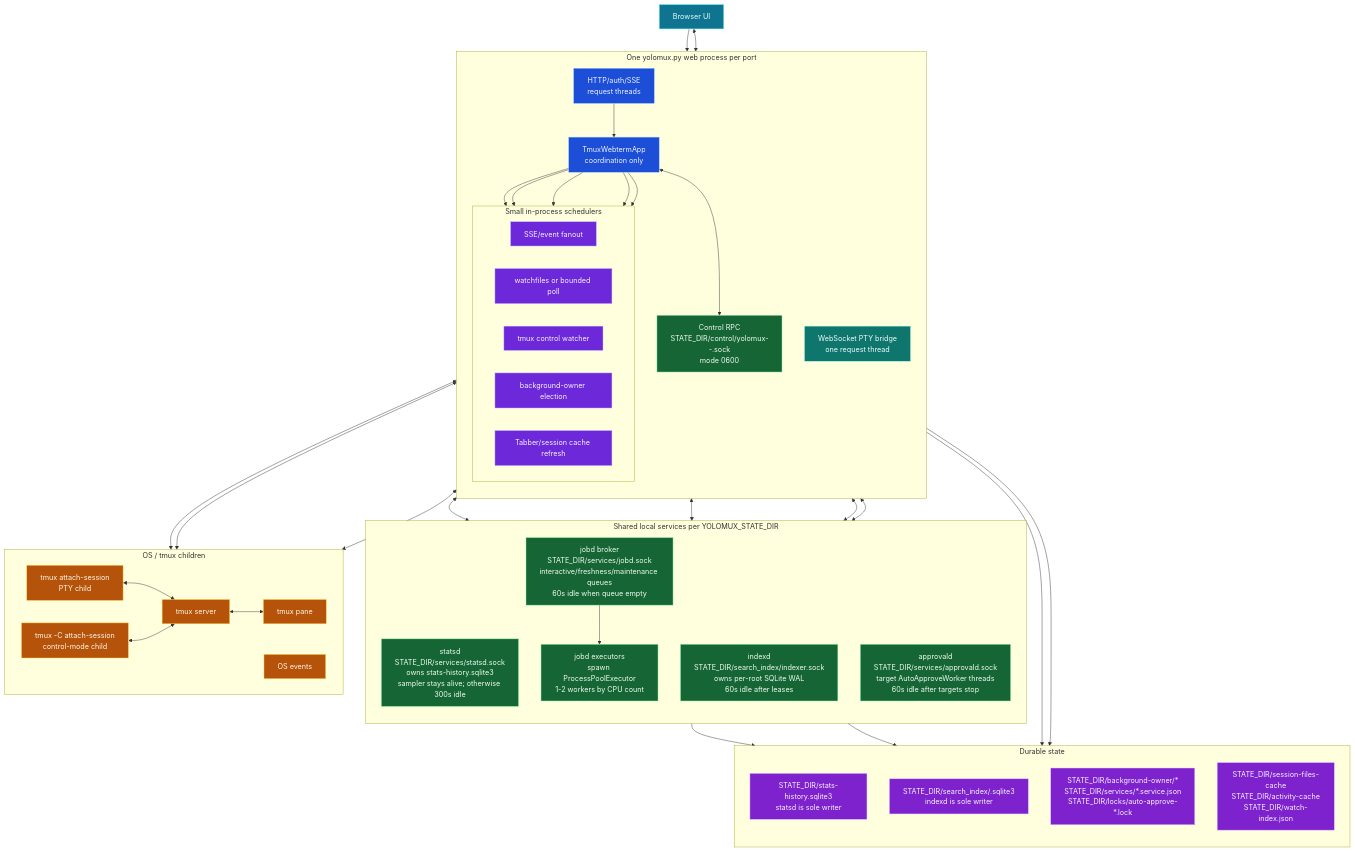
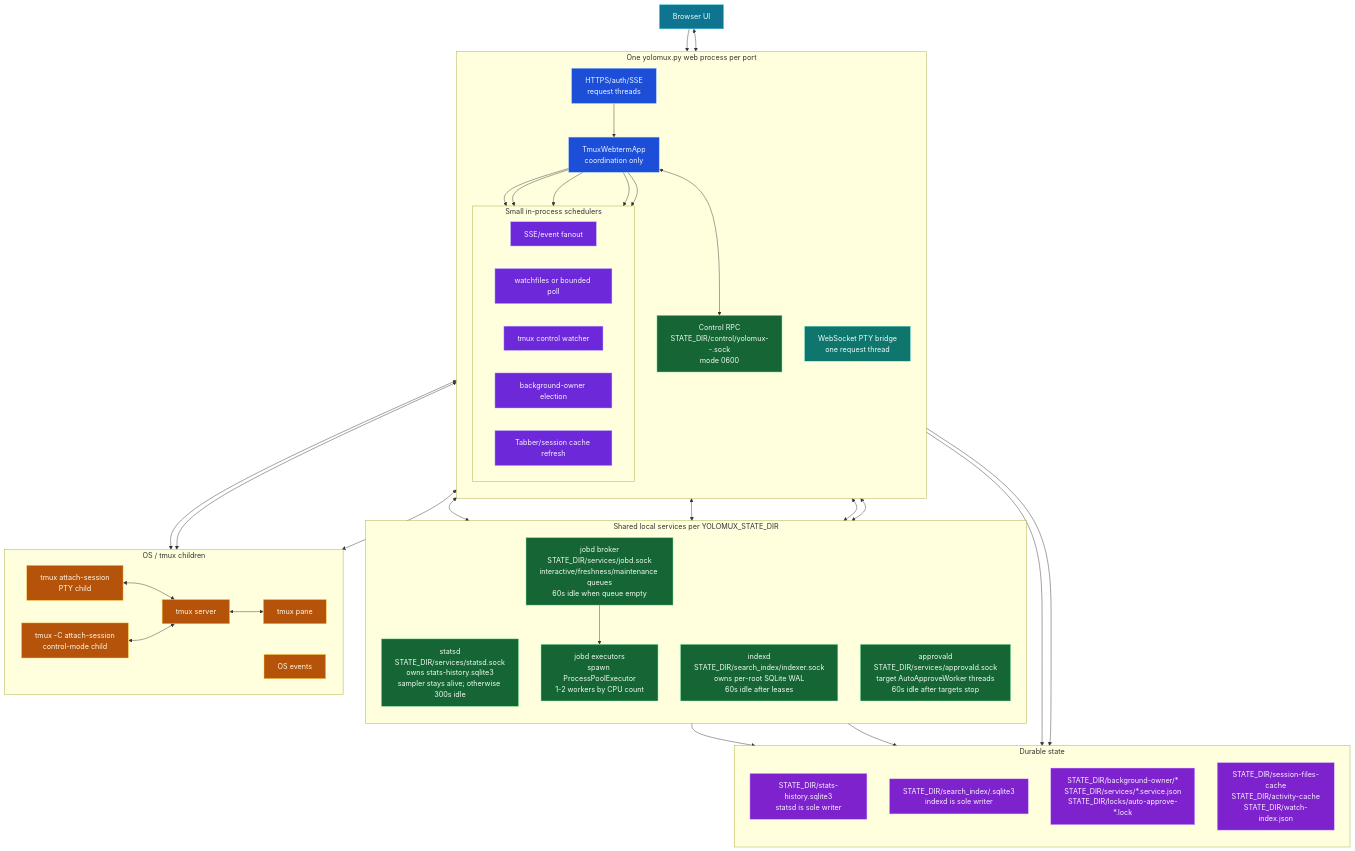
The first of 3 diagrams in README.md (keivenchang/yolomux), drawn with Mermaid before and after one commit. The commit also changed other lines of this file and 17 other files, not shown here.

```diff
--- a/README.md
+++ b/README.md
@@ -40,7 +40,7 @@
 
   subgraph server["One yolomux.py web process per port"]
     direction TB
-    http["HTTP/auth/SSE\nrequest threads"]
+    http["HTTPS/auth/SSE\nrequest threads"]
     app["TmuxWebtermApp\ncoordination only"]
     bridge["WebSocket PTY bridge\none request thread"]
     control["Control RPC\nSTATE_DIR/control/yolomux-<pid>-<token>.sock\nmode 0600"]
```
